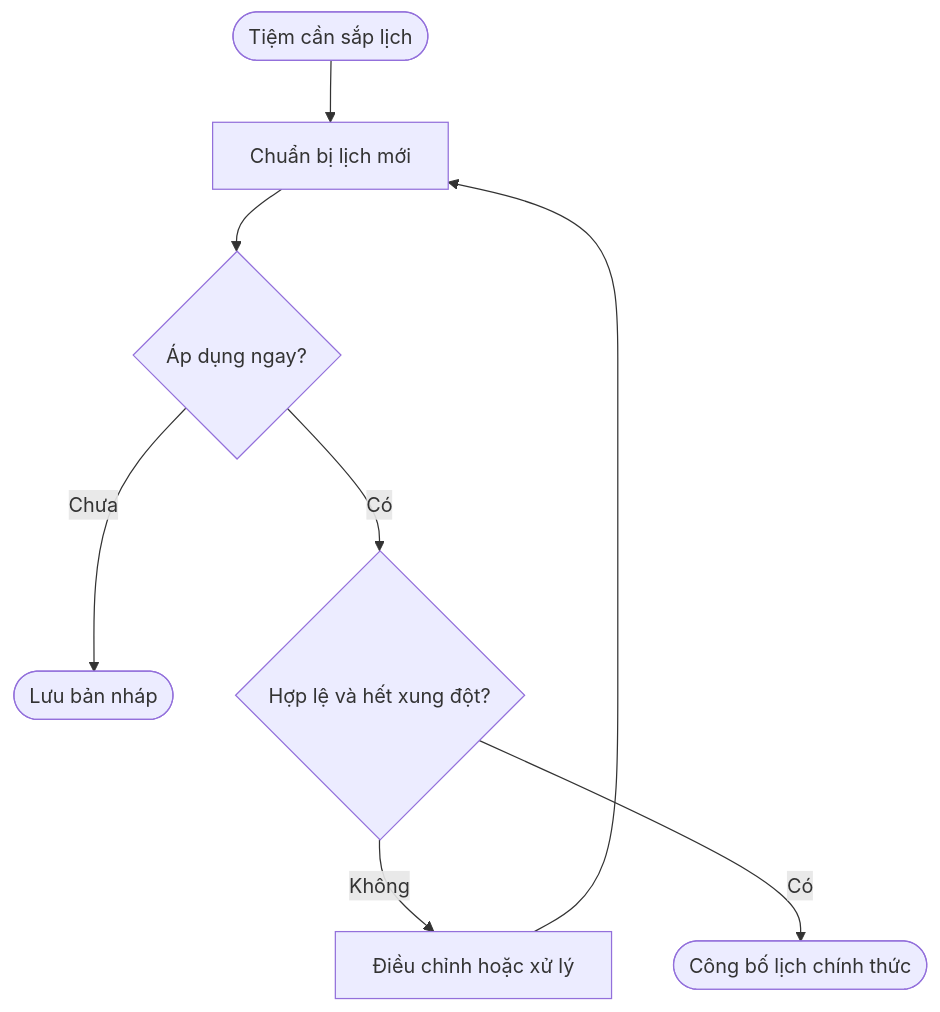
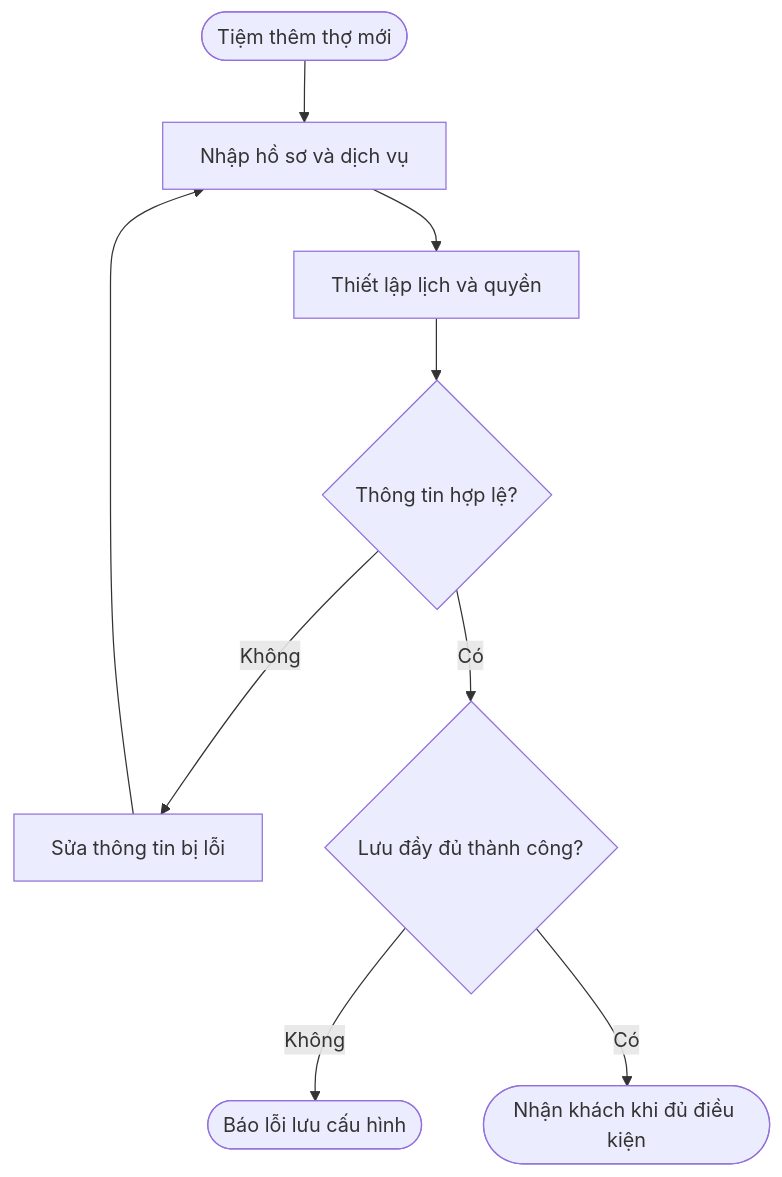
Before and after one commit to vlink-group/VlinkPay: the first of 10 diagrams in nexora/docs/business/pos-staff-schedule-booking-frontend-upgrade.md, drawn with Mermaid. The commit also changed other lines of this file, not shown here.

````diff
--- a/nexora/docs/business/pos-staff-schedule-booking-frontend-upgrade.md
+++ b/nexora/docs/business/pos-staff-schedule-booking-frontend-upgrade.md
@@ -145,10 +108,11 @@
 ```mermaid
 flowchart TD
-    A([Tiệm cần sắp lịch]) --> B[Chuẩn bị lịch mới]
-    B --> C{Áp dụng ngay?}
-    C -- Chưa --> D([Lưu bản nháp])
-    C -- Có --> E{Hợp lệ và hết xung đột?}
-    E -- Không --> F[Điều chỉnh hoặc xử lý]
-    F --> B
-    E -- Có --> G([Công bố lịch chính thức])
+    A([Tiệm thêm thợ mới]) --> B[Nhập hồ sơ và dịch vụ]
+    B --> C[Thiết lập lịch và quyền]
+    C --> D{Thông tin hợp lệ?}
+    D -- Không --> E[Sửa thông tin bị lỗi]
+    E --> B
+    D -- Có --> F{Lưu đầy đủ thành công?}
+    F -- Không --> G([Báo lỗi lưu cấu hình])
+    F -- Có --> H([Nhận khách khi đủ điều kiện])
 ```
````
